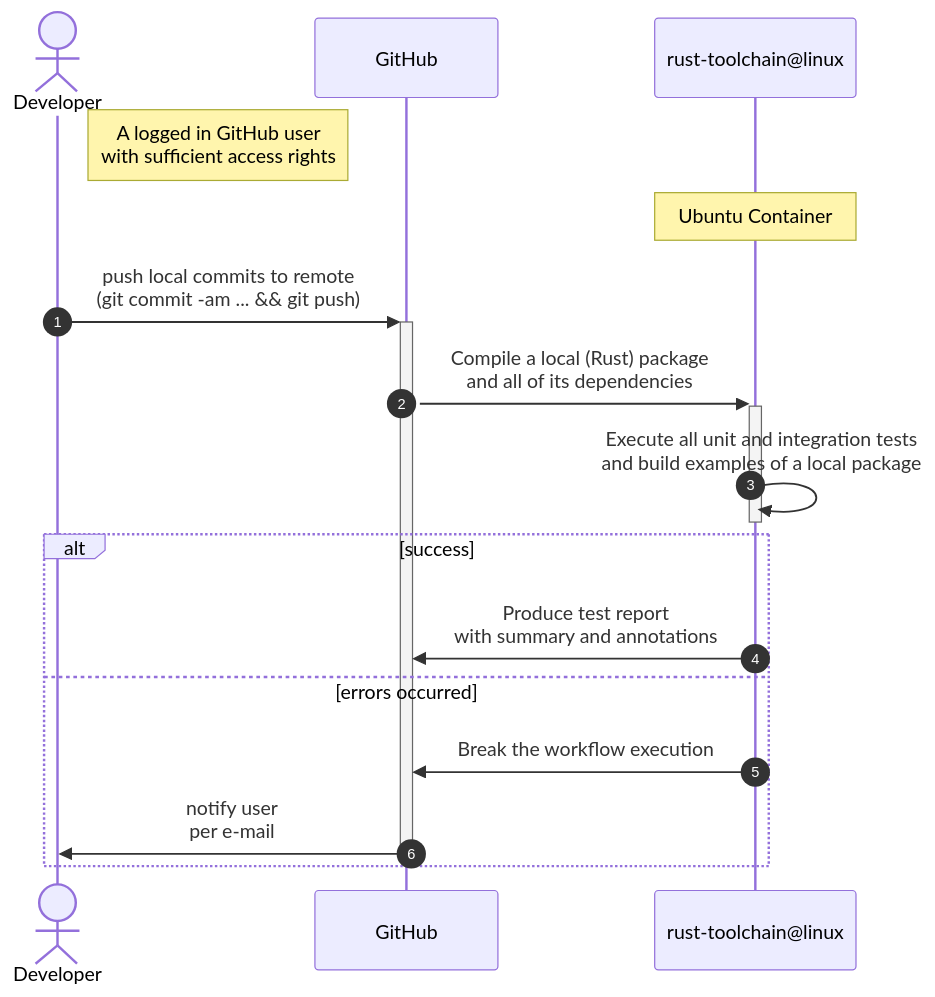
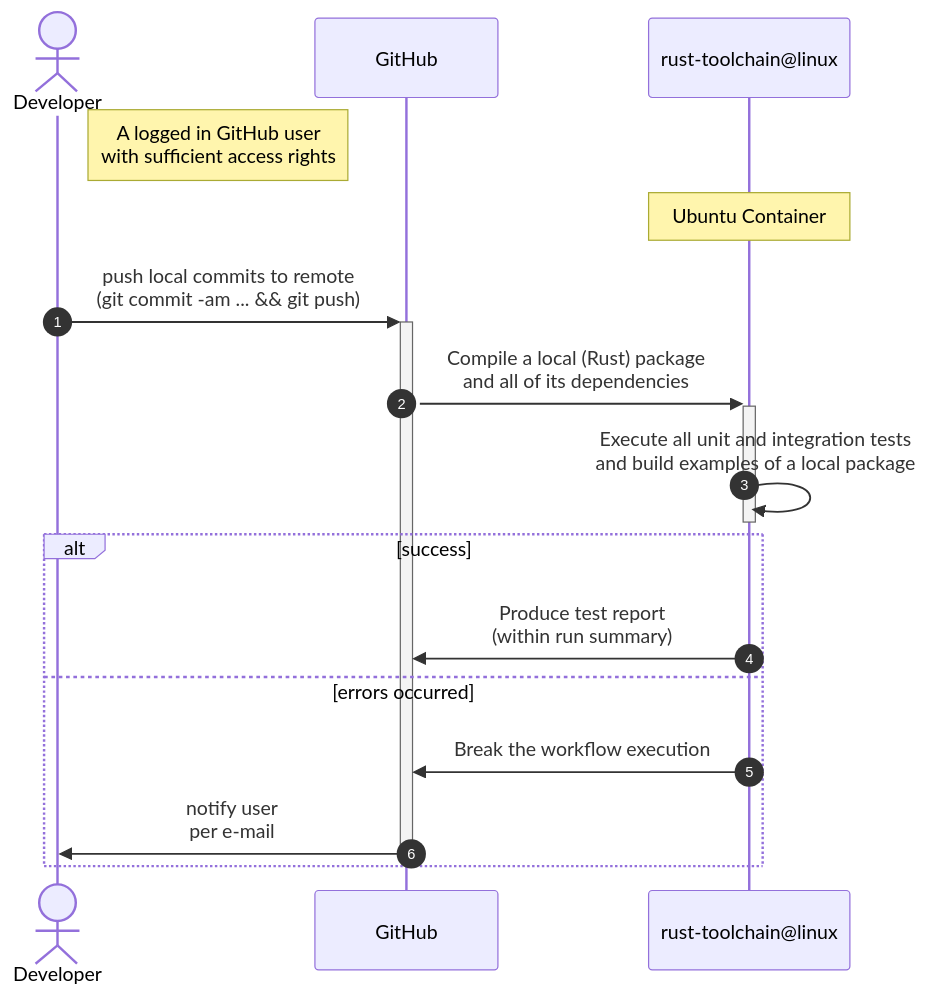
One commit to swiyu-admin-ch/github-actions-workflows changed the third of 4 diagrams in README.md. Above: the diagram before and after it, drawn with Mermaid. The commit also changed other lines of this file and 1 other file, not shown here.

Commit message:
'build-and-test' workflow features 2 'inputs' now

````diff
--- a/README.md
+++ b/README.md
@@ -84,23 +84,23 @@
 ```mermaid
 sequenceDiagram
     autonumber
 
     actor dev as Developer
     participant gh as GitHub
     participant rust   as rust-toolchain@linux
 
     %%Note over dev,CodeQL: The user must be logged in
     Note right of dev: A logged in GitHub user<br> with sufficient access rights
     Note over rust,rust: Ubuntu Container
 
     dev    ->>+ gh: push local commits to remote<br>(git commit -am ... && git push)
     gh     ->>+ rust: Compile a local (Rust) package<br> and all of its dependencies
     rust   ->>- rust: Execute all unit and integration tests<br> and build examples of a local package
 
     alt success
-        rust ->> gh: Produce test report<br> with summary and annotations
+        rust ->> gh: Produce test report<br> (within run summary)
     else errors occurred
         rust ->> gh: Break the workflow execution
         gh   ->>- dev: notify user<br>per e-mail
     end
 ```
````
